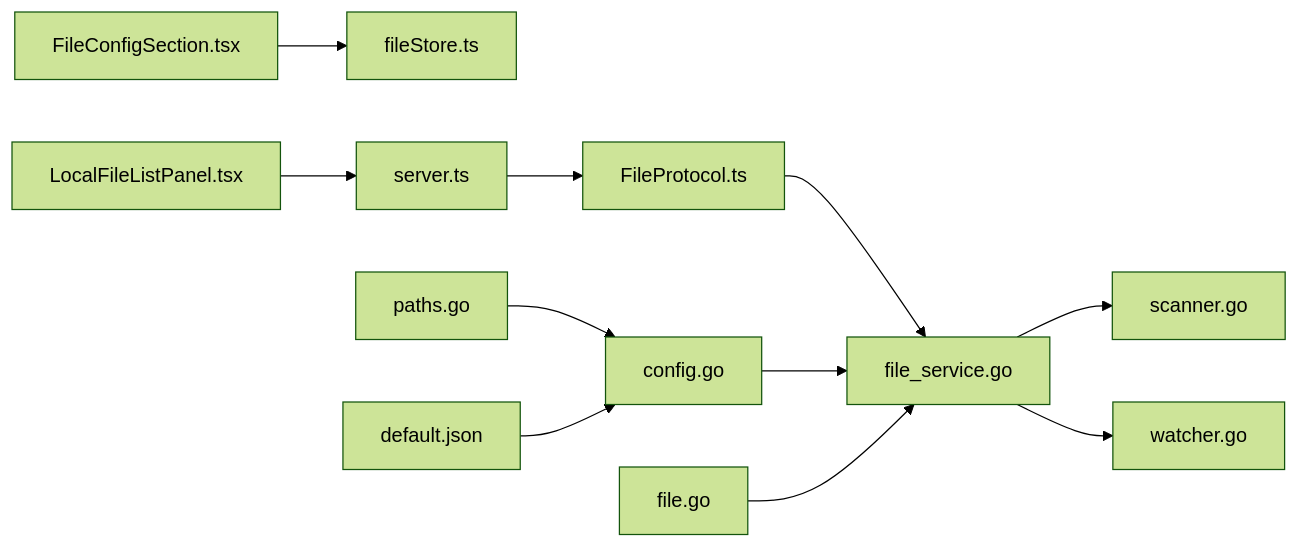
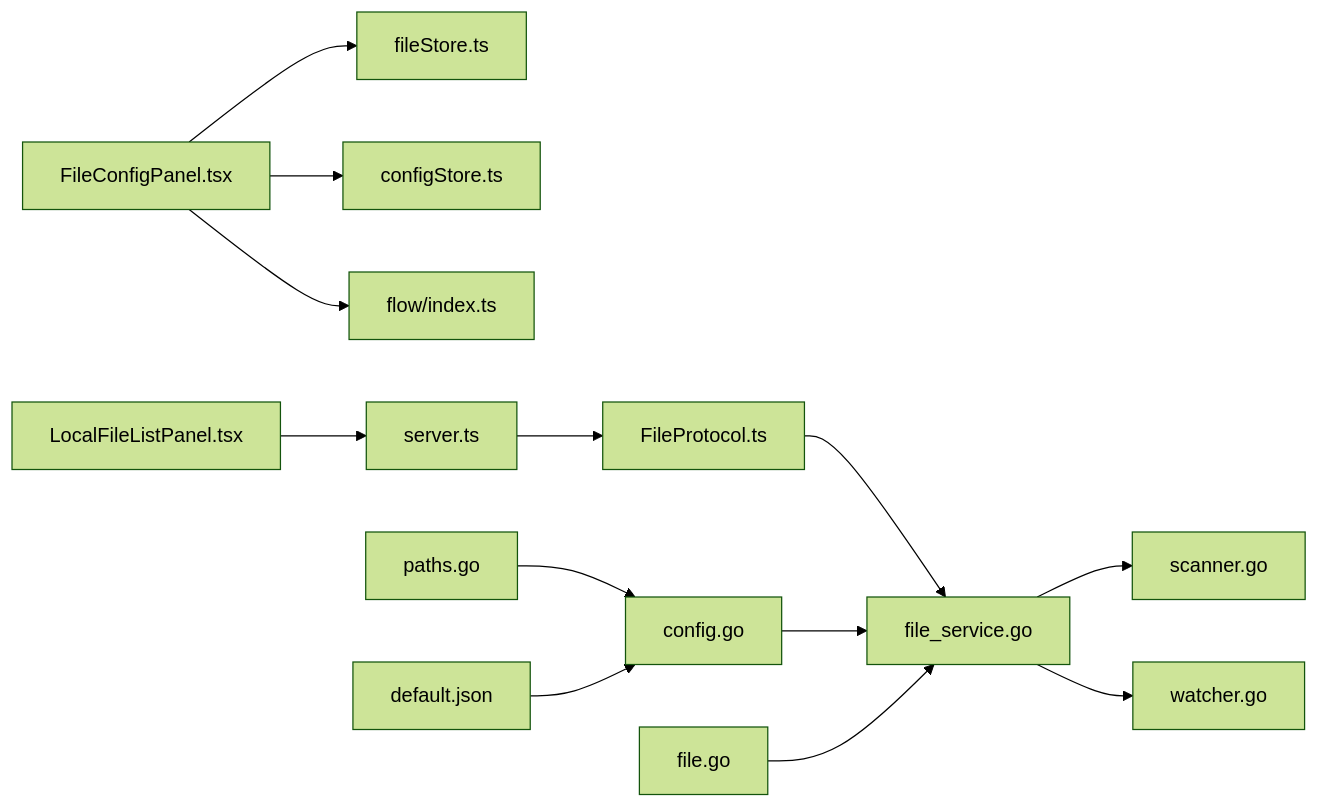
The seventh of 7 diagrams in .qoder/repowiki/zh/content/用户界面/面板系统/配置面板/文件配置区域.md (kqcoxn/MaaPipelineEditor), drawn with Mermaid (forest theme) before and after one commit. The commit also changed other lines of this file and 50 other files, not shown here.

````diff
--- a/.qoder/repowiki/zh/content/用户界面/面板系统/配置面板/文件配置区域.md
+++ b/.qoder/repowiki/zh/content/用户界面/面板系统/配置面板/文件配置区域.md
@@ -364,13 +387,15 @@
 ```mermaid
 graph LR
-FCS["FileConfigSection.tsx"] --> FS["fileStore.ts"]
+FCP["FileConfigPanel.tsx"] --> FS["fileStore.ts"]
+FCP --> CFG["configStore.ts"]
+FCP --> FL["flow/index.ts"]
 LFL["LocalFileListPanel.tsx"] --> SRV["server.ts"]
 SRV --> FP["FileProtocol.ts"]
 FP --> SVC["file_service.go"]
 SVC --> SCN["scanner.go"]
 SVC --> WAT["watcher.go"]
-CFG["config.go"] --> SVC
-PATH["paths.go"] --> CFG
-DEF["default.json"] --> CFG
+CFG2["config.go"] --> SVC
+PATH["paths.go"] --> CFG2
+DEF["default.json"] --> CFG2
 MOD["file.go"] --> SVC
 ```
````
